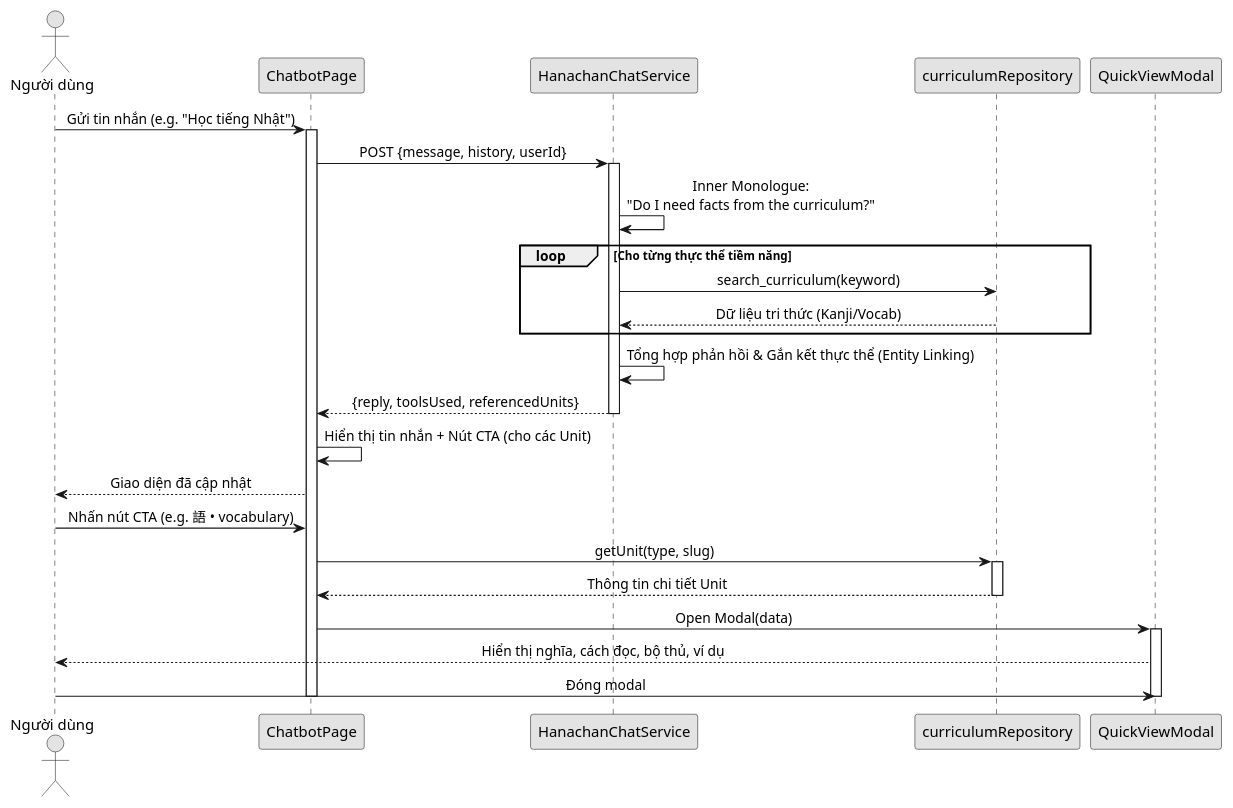
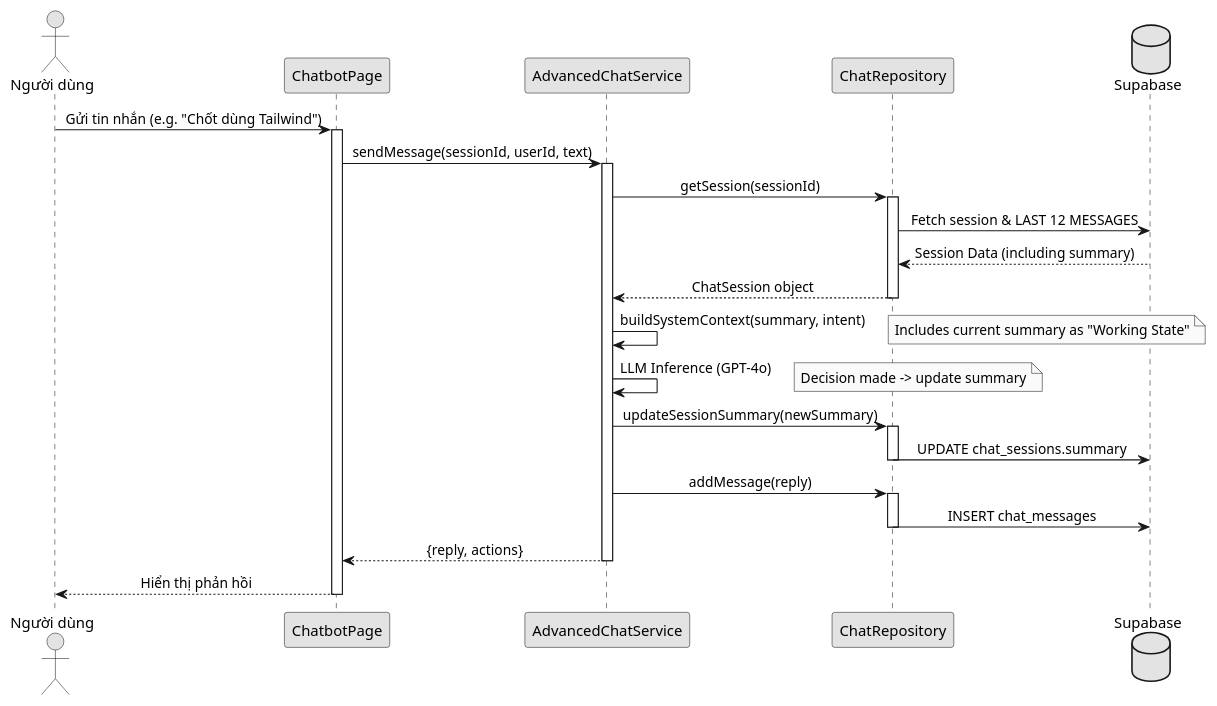
The diagram in docs/uncertain/sequence/chatbot_cta_sequence.puml (anhtranguyen-github/Hanachan), drawn with PlantUML before and after one commit. The commit also changed 41 other files, not shown here.

```diff
--- a/docs/uncertain/sequence/chatbot_cta_sequence.puml
+++ b/docs/uncertain/sequence/chatbot_cta_sequence.puml
@@ -1,47 +1,47 @@
-@startuml Chatbot Agentic Sequence
+@startuml Chatbot Context-Aware Sequence
 skinparam monochrome true
 skinparam shadowing false
 skinparam defaultFontName "Segoe UI"
 skinparam sequenceMessageAlign center
 
 actor "Người dùng" as User
 participant "ChatbotPage" as UI
-participant "HanachanChatService" as Agent
-participant "curriculumRepository" as CurriculumRepo
-participant "QuickViewModal" as Modal
+participant "AdvancedChatService" as Agent
+participant "ChatRepository" as Repo
+database "Supabase" as DB
 
-User -> UI : Gửi tin nhắn (e.g. "Học tiếng Nhật")
+User -> UI : Gửi tin nhắn (e.g. "Chốt dùng Tailwind")
 activate UI
-UI -> Agent : POST {message, history, userId}
+UI -> Agent : sendMessage(sessionId, userId, text)
 activate Agent
 
-Agent -> Agent : Inner Monologue:\n"Do I need facts from the curriculum?"
+Agent -> Repo : getSession(sessionId)
+activate Repo
+Repo -> DB : Fetch session & LAST 12 MESSAGES
+DB --> Repo : Session Data (including summary)
+Repo --> Agent : ChatSession object
+deactivate Repo
 
-loop Cho từng thực thể tiềm năng
-    Agent -> CurriculumRepo : search_curriculum(keyword)
-    CurriculumRepo --> Agent : Dữ liệu tri thức (Kanji/Vocab)
-end
+Agent -> Agent : buildSystemContext(summary, intent)
+note right: Includes current summary as "Working State"
 
-Agent -> Agent : Tổng hợp phản hồi & Gắn kết thực thể (Entity Linking)
+Agent -> Agent : LLM Inference (GPT-4o)
+note right: Decision made -> update summary
 
-Agent --> UI : {reply, toolsUsed, referencedUnits}
+Agent -> Repo : updateSessionSummary(newSummary)
+activate Repo
+Repo -> DB : UPDATE chat_sessions.summary
+deactivate Repo
+
+Agent -> Repo : addMessage(reply)
+activate Repo
+Repo -> DB : INSERT chat_messages
+deactivate Repo
+
+Agent --> UI : {reply, actions}
 deactivate Agent
 
-UI -> UI : Hiển thị tin nhắn + Nút CTA (cho các Unit)
-UI --> User : Giao diện đã cập nhật
-
-User -> UI : Nhấn nút CTA (e.g. 語 • vocabulary)
-UI -> CurriculumRepo : getUnit(type, slug)
-activate CurriculumRepo
-CurriculumRepo --> UI : Thông tin chi tiết Unit
-deactivate CurriculumRepo
-
-UI -> Modal : Open Modal(data)
-activate Modal
-Modal --> User : Hiển thị nghĩa, cách đọc, bộ thủ, ví dụ
-User -> Modal : Đóng modal
-deactivate Modal
-
+UI --> User : Hiển thị phản hồi
 deactivate UI
 
 @enduml
```
